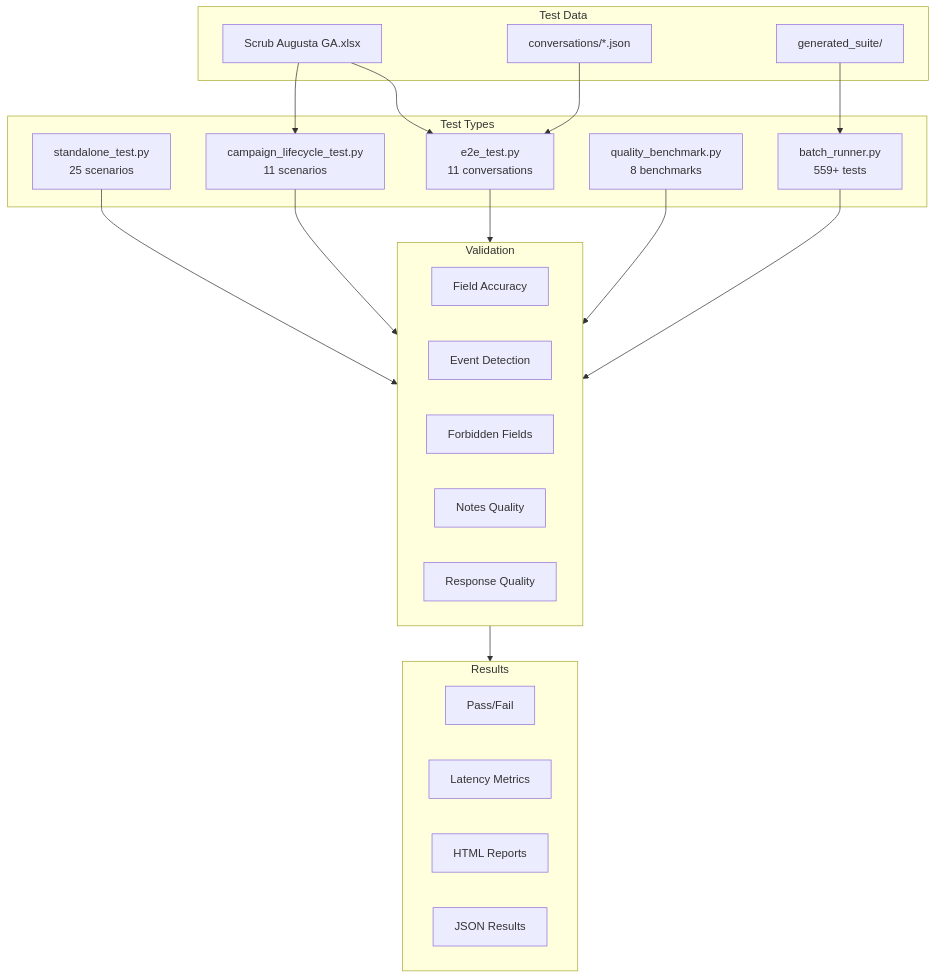
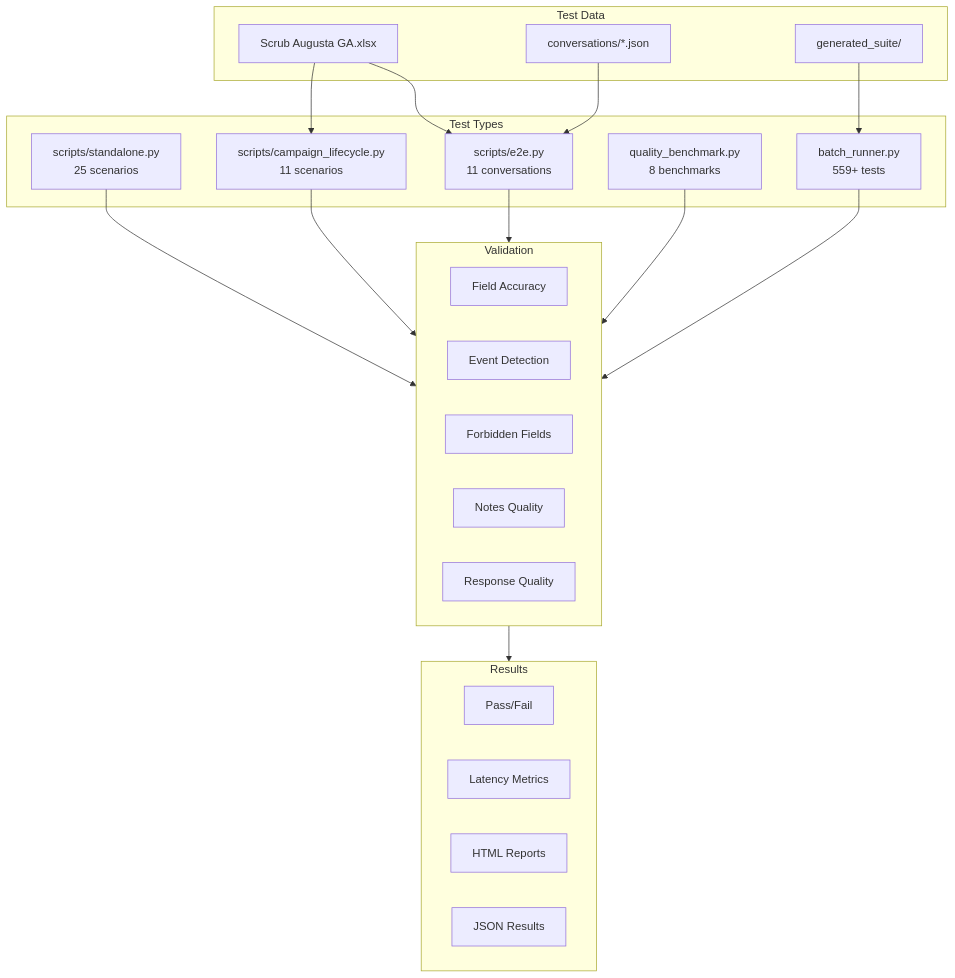
One commit to BaylorH/EmailAutomation changed the sixth of 10 diagrams in docs/architecture.md. Above: the diagram before and after it, drawn with Mermaid. The commit also changed 14 other files, not shown here.

````diff
--- a/docs/architecture.md
+++ b/docs/architecture.md
@@ -262,44 +262,44 @@
 ```mermaid
 flowchart TB
     subgraph TestTypes["Test Types"]
-        Standalone[standalone_test.py<br/>25 scenarios]
-        E2E[e2e_test.py<br/>11 conversations]
-        Campaign[campaign_lifecycle_test.py<br/>11 scenarios]
+        Standalone[scripts/standalone.py<br/>25 scenarios]
+        E2E[scripts/e2e.py<br/>11 conversations]
+        Campaign[scripts/campaign_lifecycle.py<br/>11 scenarios]
         Quality[quality_benchmark.py<br/>8 benchmarks]
         Batch[batch_runner.py<br/>559+ tests]
     end
 
     subgraph TestData["Test Data"]
         Scrub[Scrub Augusta GA.xlsx]
         Convos[conversations/*.json]
         Generated[generated_suite/]
     end
 
     subgraph Validation["Validation"]
         FieldAcc[Field Accuracy]
         Events[Event Detection]
         Forbidden[Forbidden Fields]
         Notes[Notes Quality]
         Response[Response Quality]
     end
 
     subgraph Results["Results"]
         Pass[Pass/Fail]
         Metrics[Latency Metrics]
         Reports[HTML Reports]
         JSON[JSON Results]
     end
 
     Scrub --> E2E
     Scrub --> Campaign
     Convos --> E2E
     Generated --> Batch
 
     Standalone --> Validation
     E2E --> Validation
     Campaign --> Validation
     Quality --> Validation
     Batch --> Validation
 
     Validation --> Results
 ```
````
